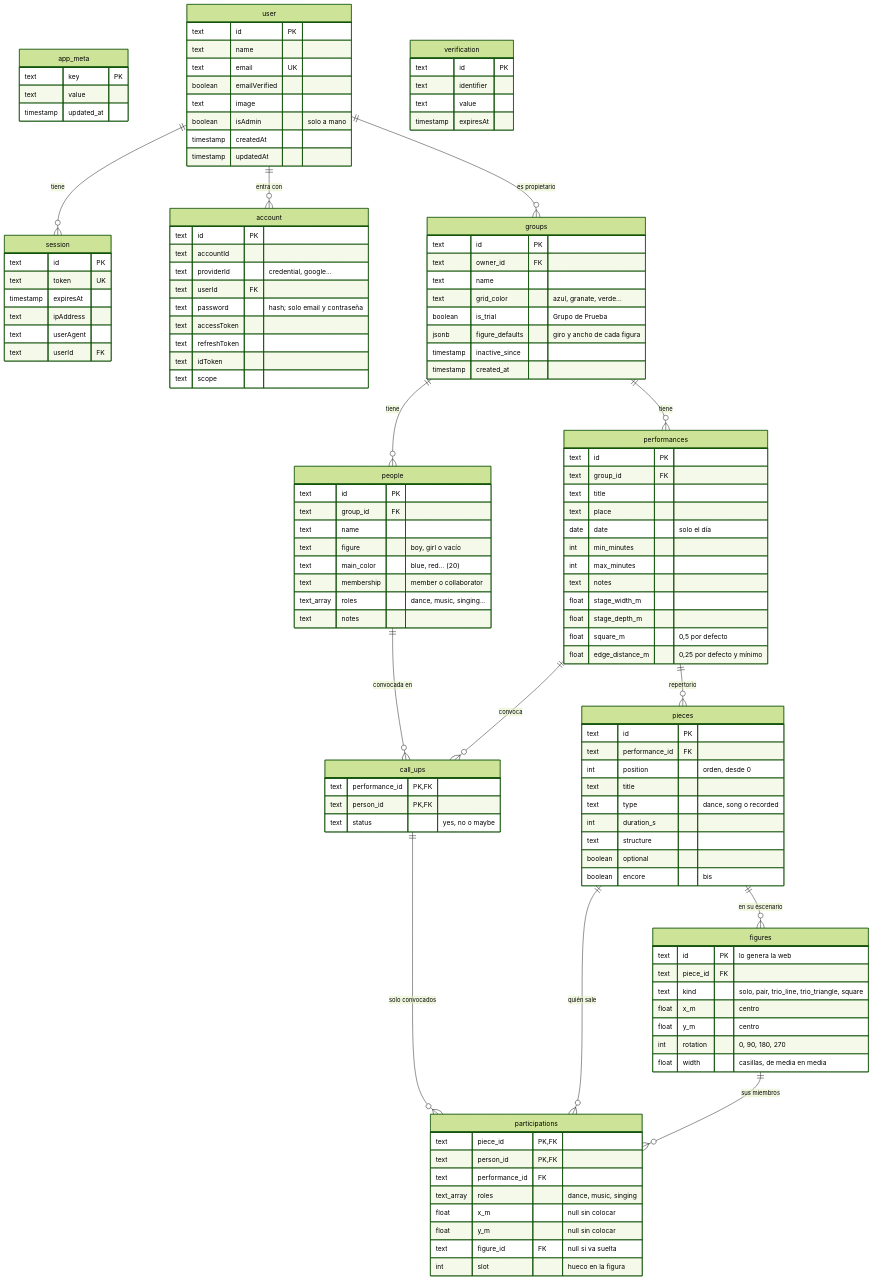
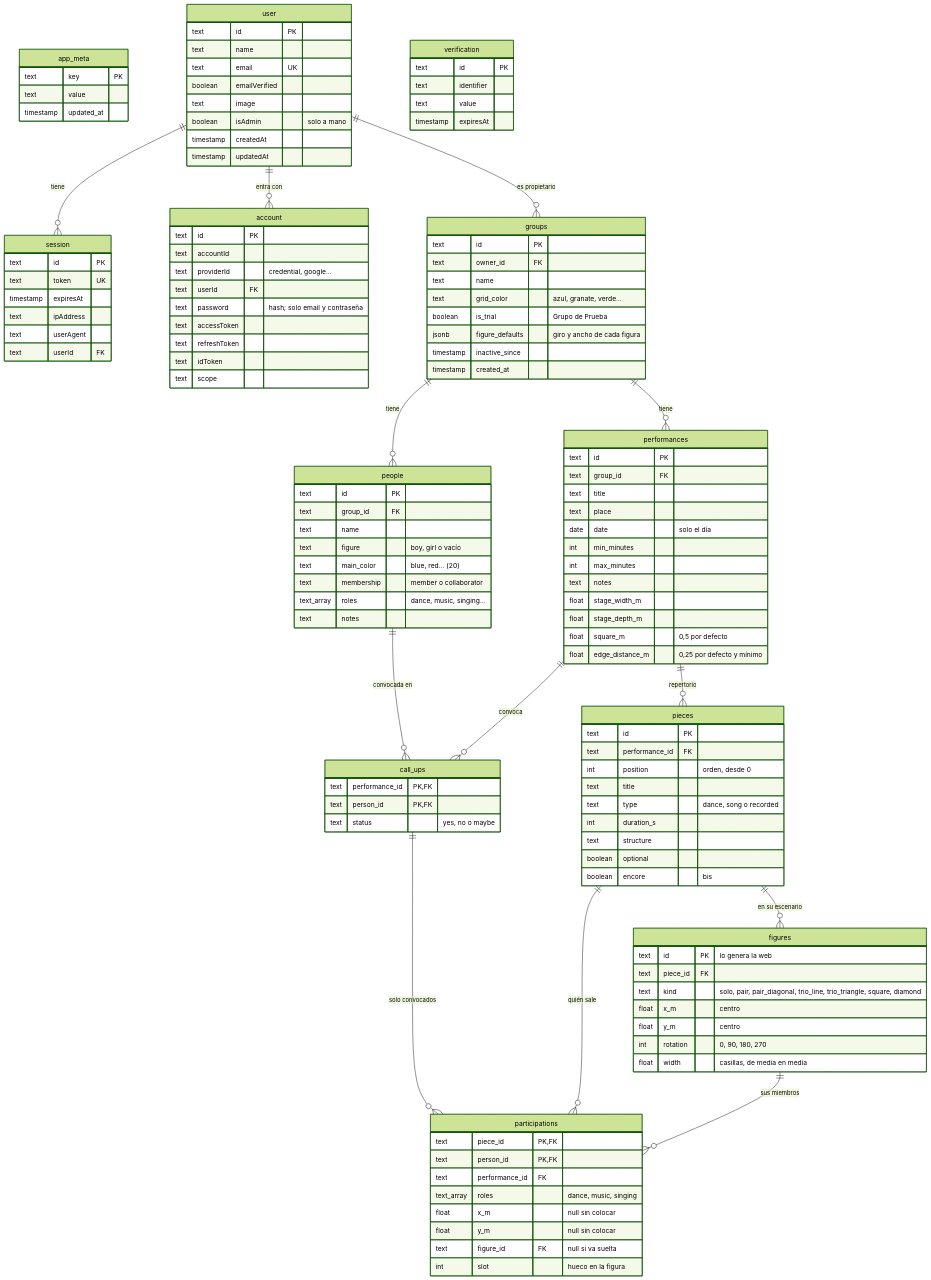
Before and after one commit to juananmgz/cuadrocorrocalle: the first of 2 diagrams in documentation/database.md, drawn with Mermaid (forest theme). The commit also changed 35 other files, not shown here.

```diff
--- a/documentation/database.md
+++ b/documentation/database.md
@@ -135,7 +135,7 @@
   figures {
     text id PK "lo genera la web"
     text piece_id FK
-    text kind "solo, pair, trio_line, trio_triangle, square"
+    text kind "solo, pair, pair_diagonal, trio_line, trio_triangle, square, diamond"
     float x_m "centro"
     float y_m "centro"
     int rotation "0, 90, 180, 270"
```
